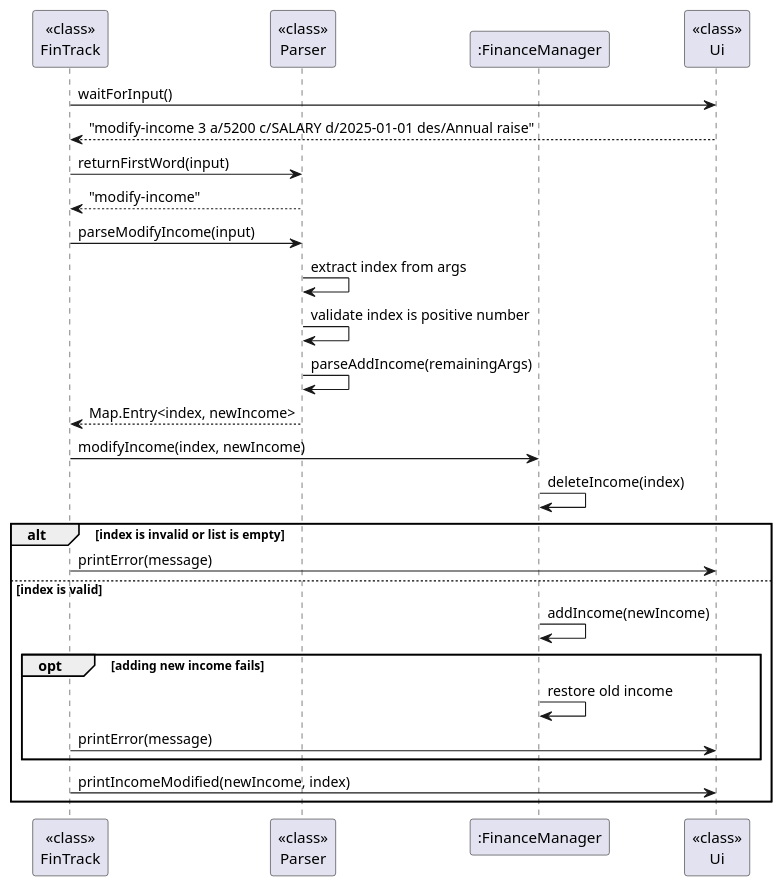
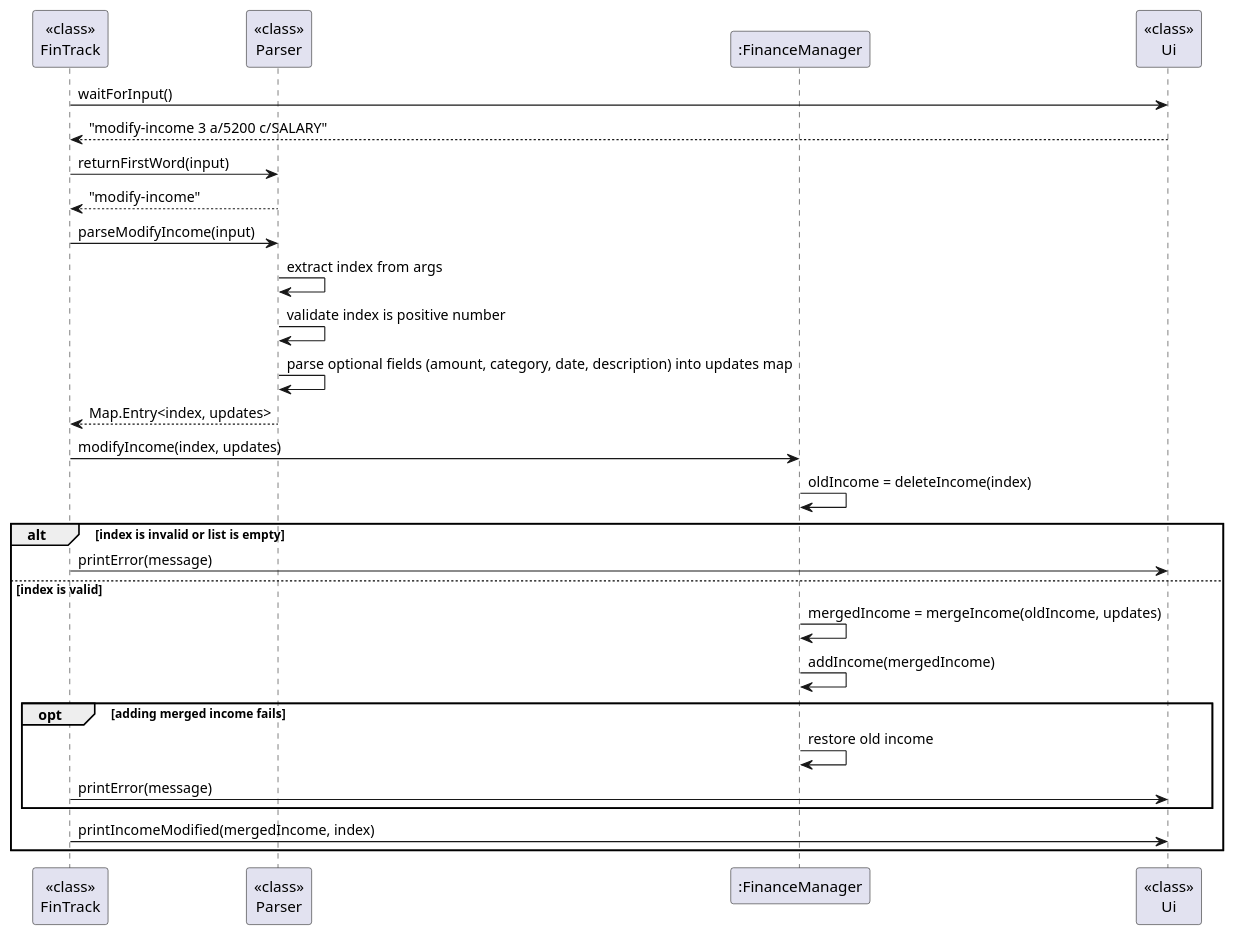
Before and after one commit to AY2526S1-CS2113-W12-4/tp: the diagram in docs/diagrams/modify_income.puml, drawn with PlantUML. The commit also changed 3 other files, not shown here.

Commit message:
Update puml diagrams to reflect modify command change

```diff
--- a/docs/diagrams/modify_income.puml
+++ b/docs/diagrams/modify_income.puml
@@ -1,35 +1,36 @@
 @startuml
 participant "<<class>>\nFinTrack" as FT
 participant "<<class>>\nParser" as P
 participant ":FinanceManager" as FM
 participant "<<class>>\nUi" as UI
 
 FT -> UI: waitForInput()
-UI --> FT: "modify-income 3 a/5200 c/SALARY d/2025-01-01 des/Annual raise"
+UI --> FT: "modify-income 3 a/5200 c/SALARY"
 
 FT -> P: returnFirstWord(input)
 P --> FT: "modify-income"
 
 FT -> P: parseModifyIncome(input)
 P -> P: extract index from args
 P -> P: validate index is positive number
-P -> P: parseAddIncome(remainingArgs)
-P --> FT: Map.Entry<index, newIncome>
+P -> P: parse optional fields (amount, category, date, description) into updates map
+P --> FT: Map.Entry<index, updates>
 
-FT -> FM: modifyIncome(index, newIncome)
+FT -> FM: modifyIncome(index, updates)
 
-FM -> FM: deleteIncome(index)
+FM -> FM: oldIncome = deleteIncome(index)
 
 alt index is invalid or list is empty
     FT -> UI: printError(message)
 else index is valid
-    FM -> FM: addIncome(newIncome)
+    FM -> FM: mergedIncome = mergeIncome(oldIncome, updates)
+    FM -> FM: addIncome(mergedIncome)
 
-    opt adding new income fails
+    opt adding merged income fails
         FM -> FM: restore old income
         FT -> UI: printError(message)
     end
 
-    FT -> UI: printIncomeModified(newIncome, index)
+    FT -> UI: printIncomeModified(mergedIncome, index)
 end
 @enduml
```
